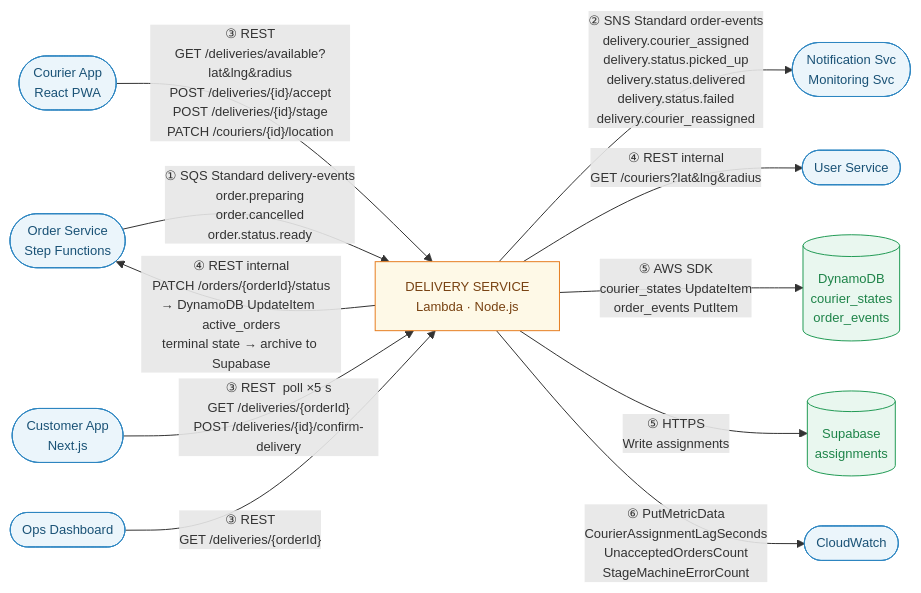
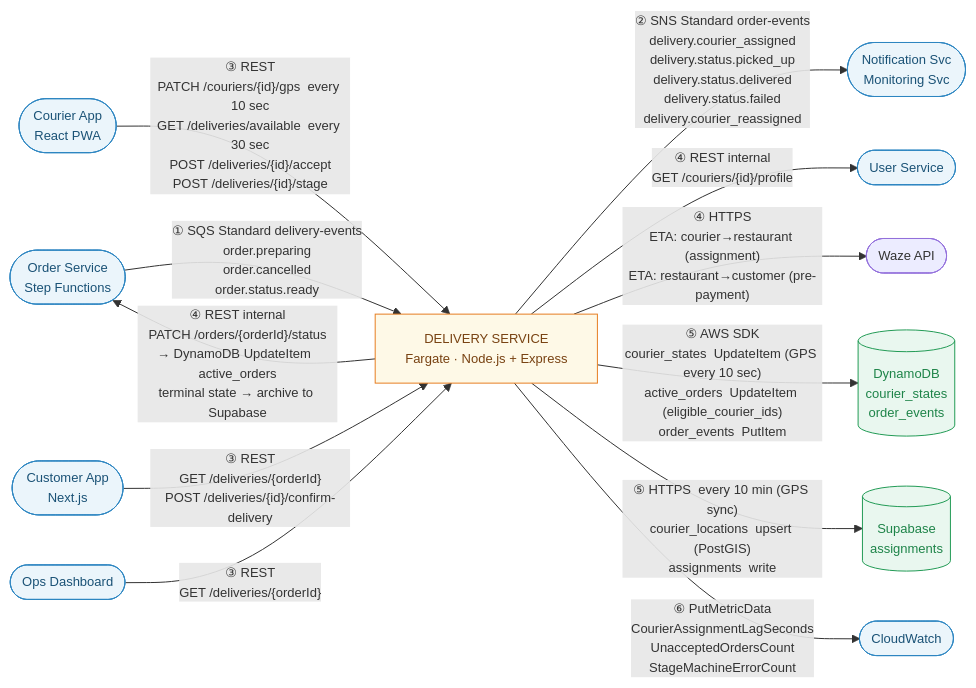
One commit to food-delivery-platform/docs changed the diagram in contracts/delivery-service/delivery-service-message-contracts.md. Above: the diagram before and after it, drawn with Mermaid. The commit also changed other lines of this file and 2 other files, not shown here.

Commit message:
delivery logic changet to store all courier positions at SQL (10 mins update)

````diff
--- a/contracts/delivery-service/delivery-service-message-contracts.md
+++ b/contracts/delivery-service/delivery-service-message-contracts.md
@@ -23,57 +23,59 @@
 ```mermaid
 ---
 config:
   theme: default
   themeVariables:
     fontSize: "13px"
 ---
 flowchart LR
     %% ─── External actors ───
     OS(["Order Service\nStep Functions"])
     CA(["Courier App\nReact PWA"])
     CU(["Customer App\nNext.js"])
     OPS(["Ops Dashboard"])
     US(["User Service"])
     SUB(["Notification Svc\nMonitoring Svc"])
     CW(["CloudWatch"])
 
     %% ─── Data stores ───
     DY[("DynamoDB\ncourier_states\norder_events")]
     SB[("Supabase\nassignments")]
 
     %% ─── Delivery Service ───
-    DS["DELIVERY SERVICE\nLambda · Node.js"]
+    DS["DELIVERY SERVICE\nFargate · Node.js + Express"]
 
     %% ─── Ch.1 SQS Standard Inbound ───
     OS -->|"① SQS Standard  delivery-events\norder.preparing\norder.cancelled\norder.status.ready"| DS
 
     %% ─── Ch.3 REST Inbound ───
-    CA -->|"③ REST\nGET /deliveries/available?lat&lng&radius\nPOST /deliveries/{id}/accept\nPOST /deliveries/{id}/stage\nPATCH /couriers/{id}/location"| DS
-    CU  -->|"③ REST  poll ×5 s\nGET /deliveries/{orderId}\nPOST /deliveries/{id}/confirm-delivery"| DS
+    CA -->|"③ REST\nPATCH /couriers/{id}/gps  every 10 sec\nGET /deliveries/available  every 30 sec\nPOST /deliveries/{id}/accept\nPOST /deliveries/{id}/stage"| DS
+    CU  -->|"③ REST\nGET /deliveries/{orderId}\nPOST /deliveries/{id}/confirm-delivery"| DS
     OPS -->|"③ REST\nGET /deliveries/{orderId}"| DS
 
     %% ─── Ch.2 SNS Standard Outbound ───
     DS -->|"② SNS Standard  order-events\ndelivery.courier_assigned\ndelivery.status.picked_up\ndelivery.status.delivered\ndelivery.status.failed\ndelivery.courier_reassigned"| SUB
 
     %% ─── Ch.4 REST Outbound ───
-    DS -->|"④ REST internal\nGET /couriers?lat&lng&radius"| US
+    DS -->|"④ REST internal\nGET /couriers/{id}/profile"| US
     DS -->|"④ REST internal\nPATCH /orders/{orderId}/status\n→ DynamoDB UpdateItem  active_orders\nterminal state → archive to Supabase"| OS
 
-    %% ─── Ch.5 DynamoDB Writes ───
-    DS -->|"⑤ AWS SDK\ncourier_states  UpdateItem\norder_events  PutItem"| DY
+    %% ─── Waze API ───
+    WAZE(["Waze API"])
+    DS -->|"④ HTTPS\nETA: courier→restaurant (assignment)\nETA: restaurant→customer (pre-payment)"| WAZE
 
-    %% ─── Supabase Writes ───
-    DS -->|"⑤ HTTPS\nWrite assignments"| SB
+    %% ─── Ch.5 DynamoDB + Supabase Writes ───
+    DS -->|"⑤ AWS SDK\ncourier_states  UpdateItem (GPS every 10 sec)\nactive_orders  UpdateItem (eligible_courier_ids)\norder_events  PutItem"| DY
+    DS -->|"⑤ HTTPS  every 10 min (GPS sync)\ncourier_locations  upsert (PostGIS)\nassignments  write"| SB
 
     %% ─── Ch.6 CloudWatch Metrics ───
     DS -->|"⑥ PutMetricData\nCourierAssignmentLagSeconds\nUnacceptedOrdersCount\nStageMachineErrorCount"| CW
 
     %% ─── Styles ───
     classDef actor fill:#EBF5FB,stroke:#2E86C1,color:#1A5276
     classDef store fill:#E9F7EF,stroke:#239B56,color:#1E8449
     classDef ds    fill:#FEF9E7,stroke:#E67E22,color:#784212
 
     class OS,CA,CU,OPS,US,SUB,CW actor
     class DY,SB store
     class DS ds
 ```
````
